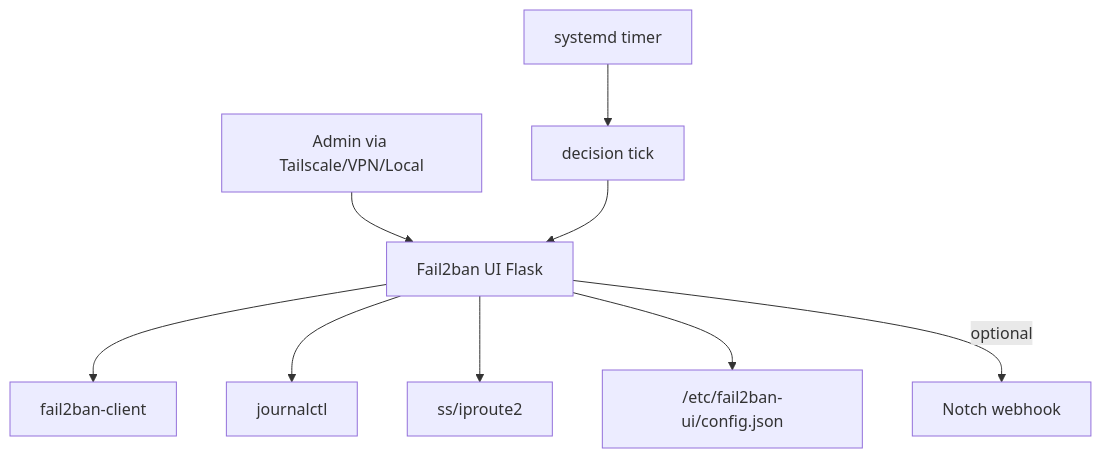
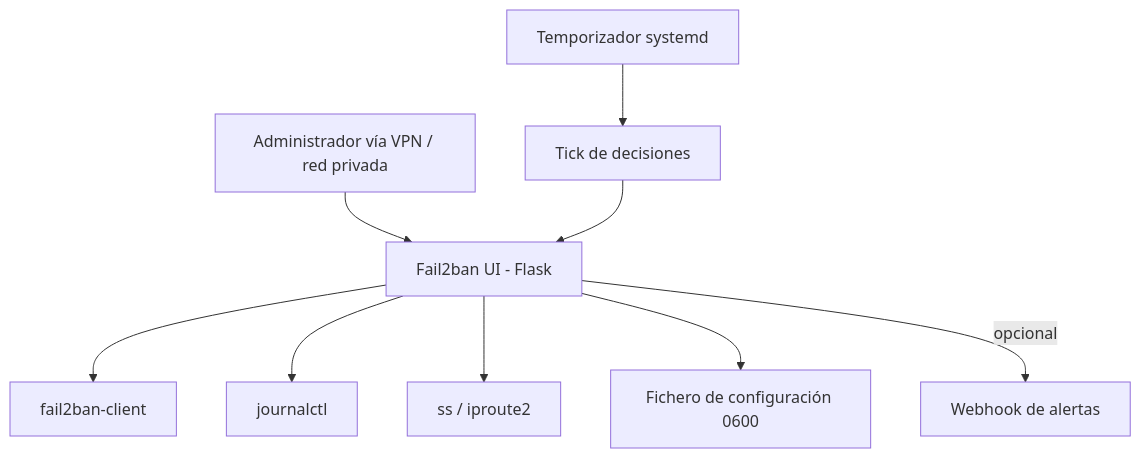
Before and after one commit to jeturing/fail2ban-ui-NGX: the diagram in README.md, drawn with Mermaid. The commit also changed other lines of this file and 2 other files, not shown here.

Commit message:
docs: README al estándar de la casa, índice maestro en docs y guía de Notch asentada en docs/operacion con IPs internas enmascaradas

````diff
--- a/README.md
+++ b/README.md
@@ -79,11 +57,11 @@
 ```mermaid
 flowchart TD
-  Admin[Admin via Tailscale/VPN/Local] --> UI[Fail2ban UI Flask]
-  UI --> F2B[fail2ban-client]
-  UI --> Journal[journalctl]
-  UI --> SS[ss/iproute2]
-  UI --> Config["/etc/fail2ban-ui/config.json"]
-  Timer["systemd timer"] --> Tick["decision tick"]
-  Tick --> UI
-  UI -->|optional| Notch[Notch webhook]
+    A[Administrador vía VPN / red privada] --> UI[Fail2ban UI - Flask]
+    UI --> F[fail2ban-client]
+    UI --> J[journalctl]
+    UI --> S[ss / iproute2]
+    UI --> C[Fichero de configuración 0600]
+    T[Temporizador systemd] --> K[Tick de decisiones]
+    K --> UI
+    UI -->|opcional| N[Webhook de alertas]
 ```
````
